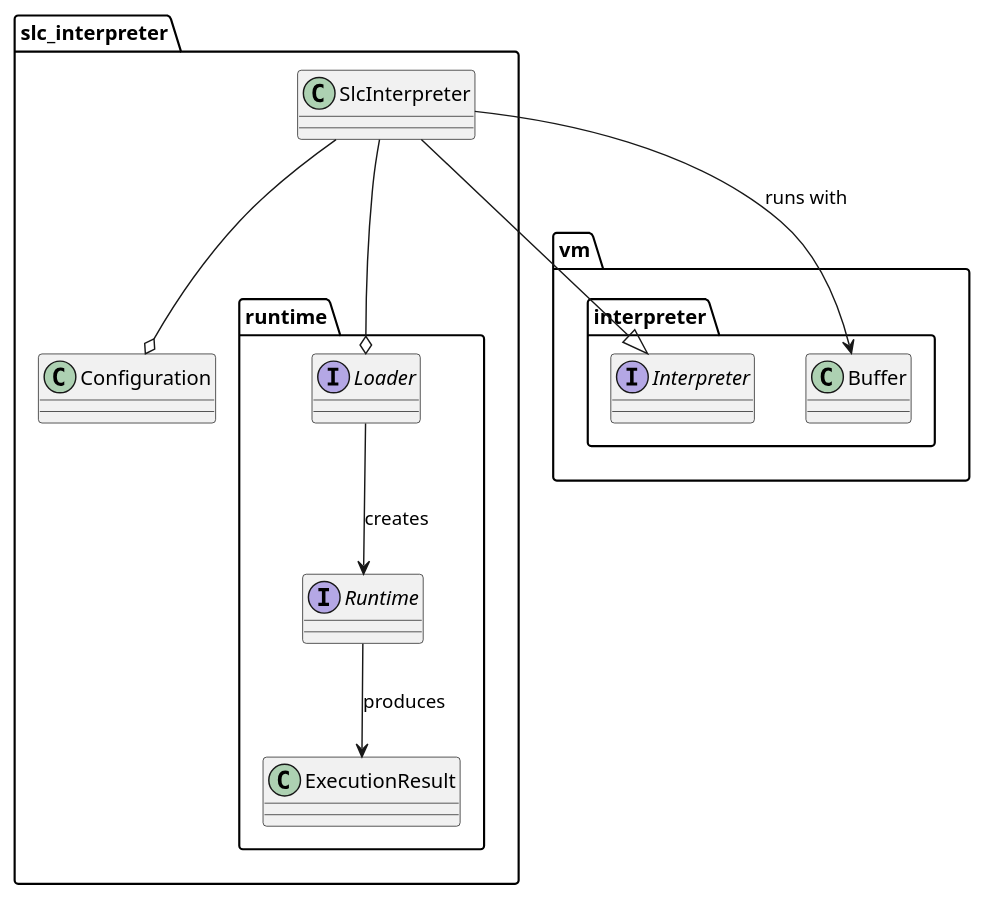
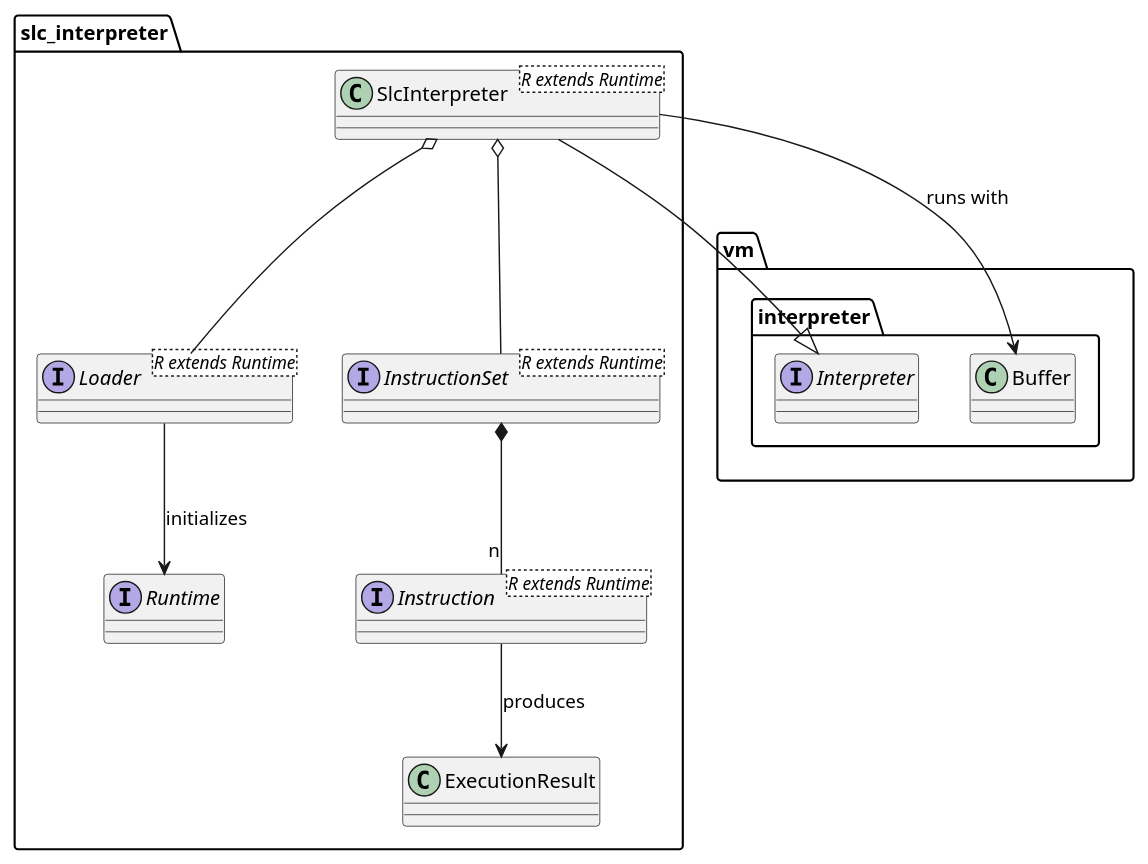
The diagram in src/main/java/io/slc/jsm/slc_interpreter/slc_interpreter_design.puml (michelezamuner/jslm), drawn with PlantUML before and after one commit. The commit also changed 47 other files, not shown here.

```diff
--- a/src/main/java/io/slc/jsm/slc_interpreter/slc_interpreter_design.puml
+++ b/src/main/java/io/slc/jsm/slc_interpreter/slc_interpreter_design.puml
@@ -1,27 +1,25 @@
 @startuml "SLC Interpreter design"
 
 package vm.interpreter {
     interface Interpreter
     class Buffer
 }
 
 package slc_interpreter {
-    class SlcInterpreter
-    class Configuration
-
-    package runtime {
-        interface Loader
-        interface Runtime
-        class ExecutionResult
-
-        Loader --> Runtime : creates
-        Runtime --> ExecutionResult : produces
-    }
+    class SlcInterpreter<R extends Runtime>
+    interface Loader<R extends Runtime>
+    interface InstructionSet<R extends Runtime>
+    interface Instruction<R extends Runtime>
+    interface Runtime
+    class ExecutionResult
 
     SlcInterpreter --|> Interpreter
-    SlcInterpreter --o Loader
-    SlcInterpreter --o Configuration
+    SlcInterpreter o-- Loader
+    SlcInterpreter o-- InstructionSet
     SlcInterpreter --> Buffer : runs with
+    Loader --> Runtime : initializes
+    InstructionSet *-- "n" Instruction
+    Instruction --> ExecutionResult : produces
 }
 
 @enduml
```
